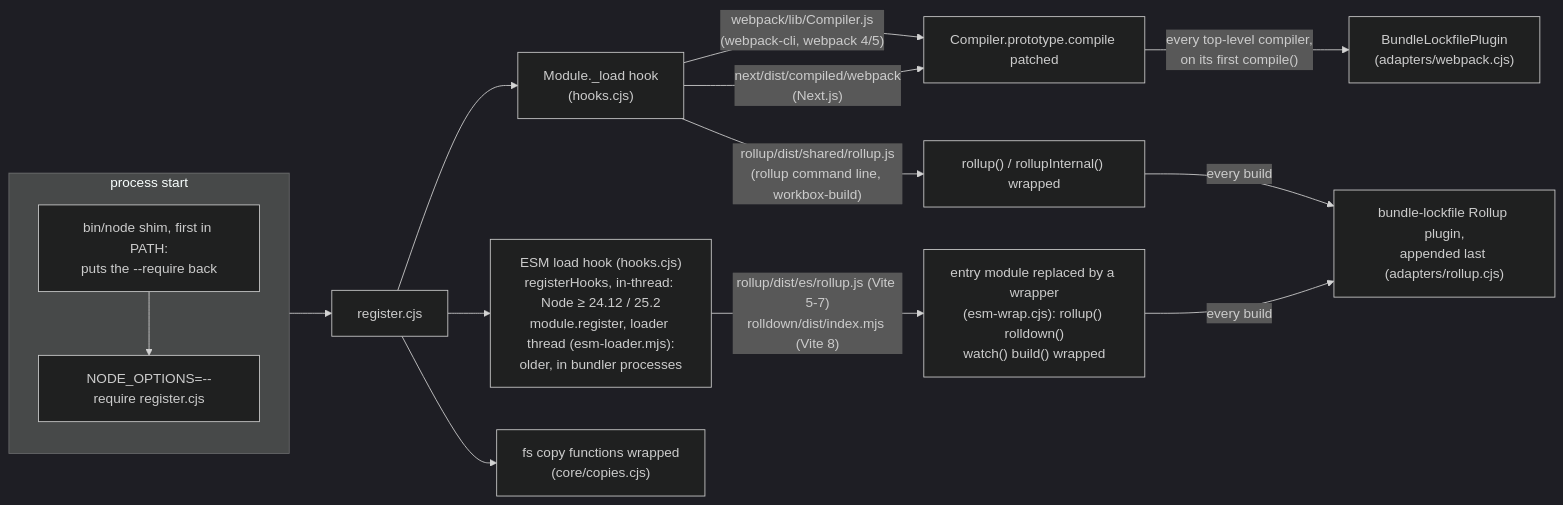
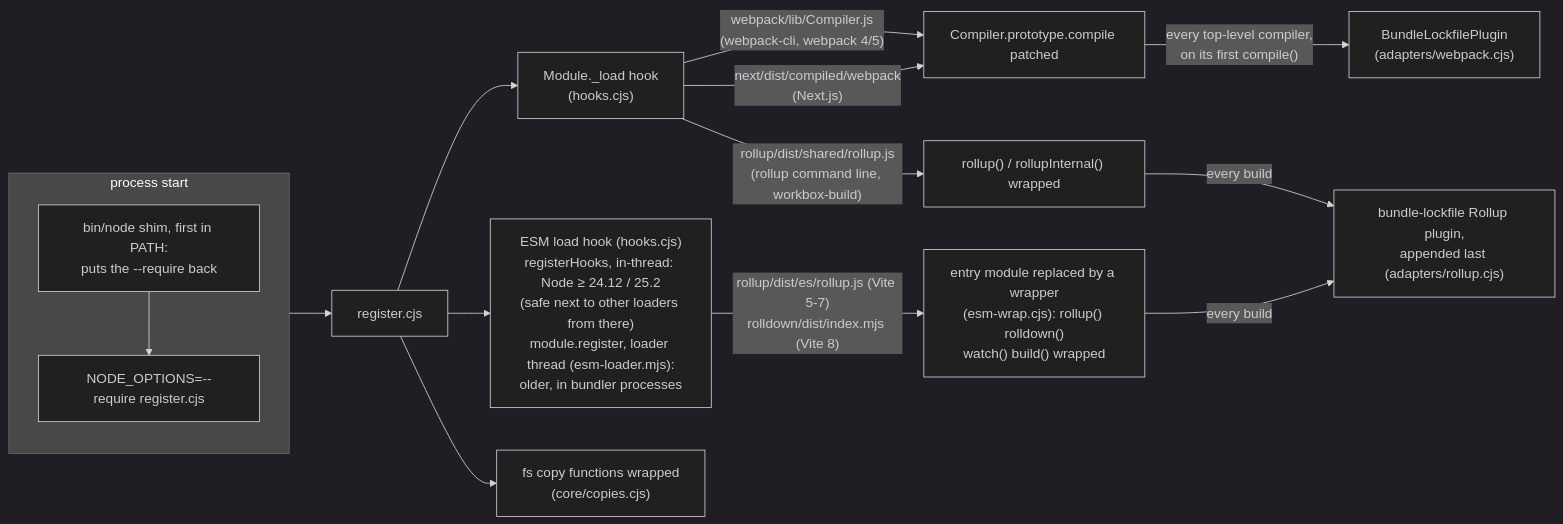
Before and after one commit to toabctl/bundle-lockfile: the first of 5 diagrams in README.md, drawn with Mermaid (dark theme). The commit also changed other lines of this file and 1 other file, not shown here.

````diff
--- a/README.md
+++ b/README.md
@@ -599,22 +610,22 @@
 ```mermaid
 flowchart LR
   subgraph start["process start"]
     direction TB
     nodeopts["NODE_OPTIONS=--require register.cjs"]
     shim["bin/node shim, first in PATH:<br/>puts the --require back"]
     shim --> nodeopts
   end
   nodeopts --> register["register.cjs"]
   register --> cjs["Module._load hook<br/>(hooks.cjs)"]
-  register --> esm["ESM load hook (hooks.cjs)<br/>registerHooks, in-thread: Node ≥ 24.12 / 25.2<br/>module.register, loader thread (esm-loader.mjs):<br/>older, in bundler processes"]
+  register --> esm["ESM load hook (hooks.cjs)<br/>registerHooks, in-thread: Node ≥ 24.12 / 25.2<br/>(safe next to other loaders from there)<br/>module.register, loader thread (esm-loader.mjs):<br/>older, in bundler processes"]
   register --> copies["fs copy functions wrapped<br/>(core/copies.cjs)"]
 
   cjs -- "webpack/lib/Compiler.js<br/>(webpack-cli, webpack 4/5)" --> wpatch["Compiler.prototype.compile patched"]
   cjs -- "next/dist/compiled/webpack<br/>(Next.js)" --> wpatch
   cjs -- "rollup/dist/shared/rollup.js<br/>(rollup command line, workbox-build)" --> rpatch["rollup() / rollupInternal() wrapped"]
   esm -- "rollup/dist/es/rollup.js (Vite 5-7)<br/>rolldown/dist/index.mjs (Vite 8)" --> wrap["entry module replaced by a wrapper<br/>(esm-wrap.cjs): rollup() rolldown()<br/>watch() build() wrapped"]
 
   wpatch -- "every top-level compiler,<br/>on its first compile()" --> wplugin["BundleLockfilePlugin<br/>(adapters/webpack.cjs)"]
   rpatch -- "every build" --> rplugin["bundle-lockfile Rollup plugin,<br/>appended last (adapters/rollup.cjs)"]
   wrap -- "every build" --> rplugin
 ```
````
